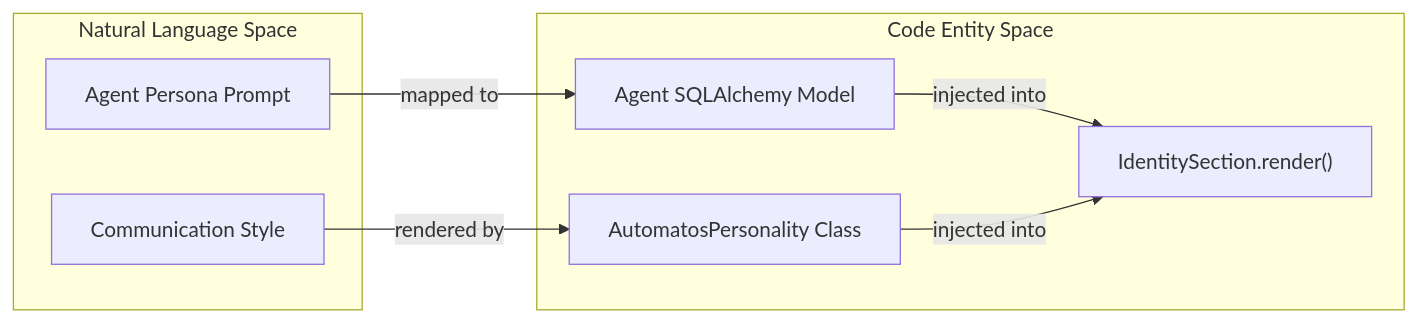
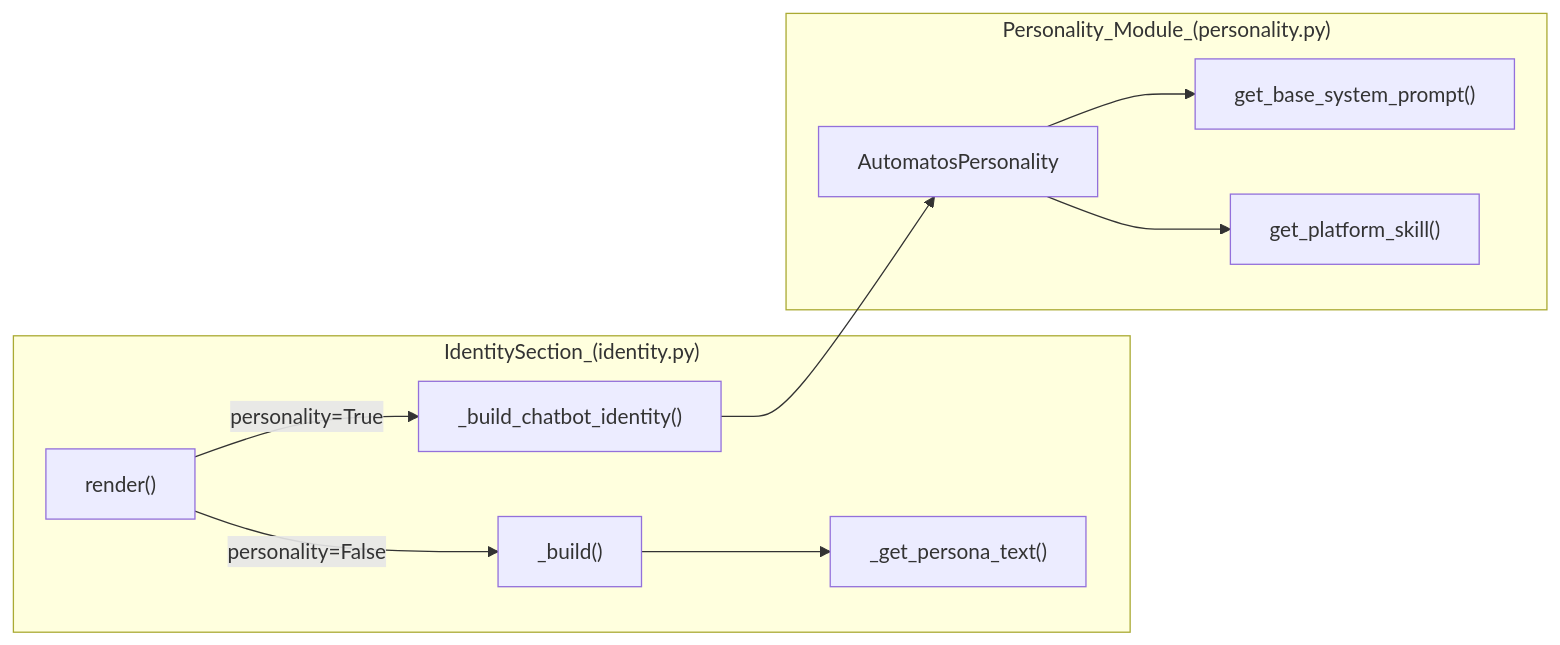
The second of 3 diagrams in docs/context-service/section-types.md (AutomatosAI/automatos-ai), drawn with Mermaid before and after one commit. The commit also changed other lines of this file and 153 other files, not shown here.

````diff
--- a/docs/context-service/section-types.md
+++ b/docs/context-service/section-types.md
@@ -126,18 +116,21 @@
 ```mermaid
 graph LR
-    subgraph "Natural Language Space"
-        Persona["Agent Persona Prompt"]
-        Style["Communication Style"]
+    subgraph "IdentitySection_(identity.py)"
+        render["render()"]
+        build_chatbot["_build_chatbot_identity()"]
+        build_basic["_build()"]
+        get_persona["_get_persona_text()"]
     end
 
-    subgraph "Code Entity Space"
-        IdentitySection["IdentitySection.render()"]
-        AgentModel["Agent SQLAlchemy Model"]
-        Personality["AutomatosPersonality Class"]
+    subgraph "Personality_Module_(personality.py)"
+        AP["AutomatosPersonality"]
+        base_prompt["get_base_system_prompt()"]
+        platform_skill["get_platform_skill()"]
     end
 
-    Persona -->|mapped to| AgentModel
-    Style -->|rendered by| Personality
-    AgentModel -->|injected into| IdentitySection
-    Personality -->|injected into| IdentitySection
+    render -->|personality=True| build_chatbot
+    render -->|personality=False| build_basic
+    build_chatbot --> AP
+    AP --> base_prompt & platform_skill
+    build_basic --> get_persona
 ```
````
